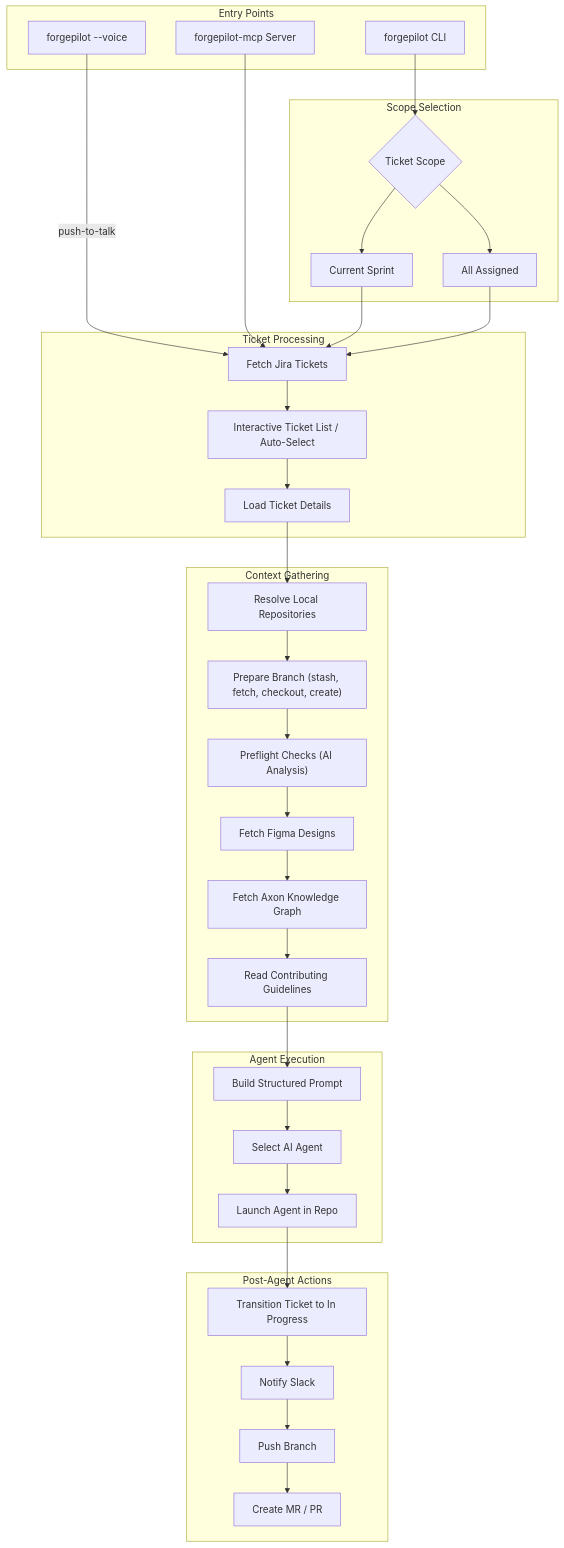
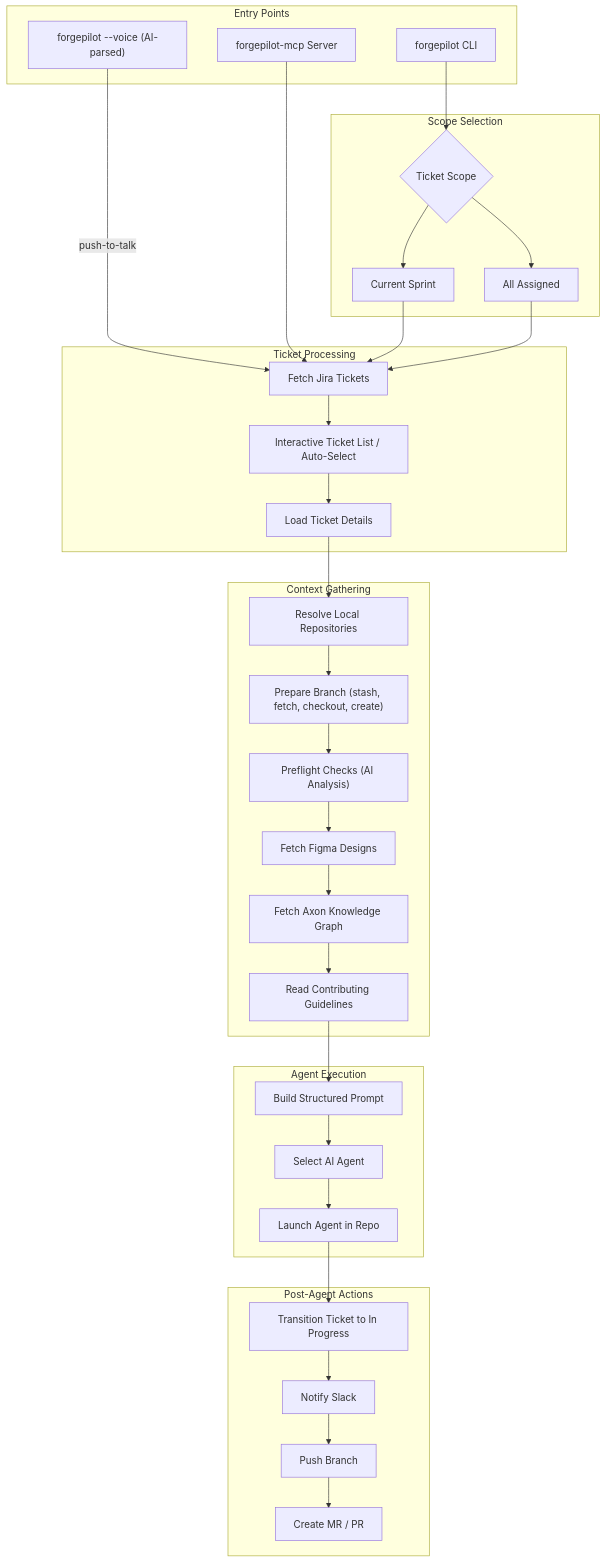
One commit to shivam-S-bisht/forgepilot changed the diagram in README.md. Above: the diagram before and after it, drawn with Mermaid. The commit also changed other lines of this file and 1 other file, not shown here.

````diff
--- a/README.md
+++ b/README.md
@@ -9,62 +9,62 @@
 ```mermaid
 flowchart TD
     subgraph entryPoints [Entry Points]
         CLI["forgepilot CLI"]
         MCP["forgepilot-mcp Server"]
-        Voice["forgepilot --voice"]
+        Voice["forgepilot --voice (AI-parsed)"]
     end
 
     subgraph scopeSelection [Scope Selection]
         Scope{"Ticket Scope"}
         CurrentSprint["Current Sprint"]
         AllAssigned["All Assigned"]
     end
 
     subgraph ticketFlow [Ticket Processing]
         FetchTickets["Fetch Jira Tickets"]
         TicketList["Interactive Ticket List / Auto-Select"]
         LoadDetails["Load Ticket Details"]
     end
 
     subgraph contextGathering [Context Gathering]
         ResolveRepos["Resolve Local Repositories"]
         PrepareBranch["Prepare Branch (stash, fetch, checkout, create)"]
         Preflight["Preflight Checks (AI Analysis)"]
         FigmaCtx["Fetch Figma Designs"]
         AxonCtx["Fetch Axon Knowledge Graph"]
         Guidelines["Read Contributing Guidelines"]
     end
 
     subgraph agentExecution [Agent Execution]
         BuildPrompt["Build Structured Prompt"]
         PickAgent["Select AI Agent"]
         LaunchAgent["Launch Agent in Repo"]
     end
 
     subgraph postAgent [Post-Agent Actions]
         TransitionJira["Transition Ticket to In Progress"]
         NotifySlack["Notify Slack"]
         PushBranch["Push Branch"]
         CreatePR["Create MR / PR"]
     end
 
     CLI --> Scope
     Voice -->|"push-to-talk"| FetchTickets
     MCP --> FetchTickets
     Scope --> CurrentSprint --> FetchTickets
     Scope --> AllAssigned --> FetchTickets
     FetchTickets --> TicketList --> LoadDetails
     LoadDetails --> ResolveRepos
     ResolveRepos --> PrepareBranch
     PrepareBranch --> Preflight
     Preflight --> FigmaCtx
     FigmaCtx --> AxonCtx
     AxonCtx --> Guidelines
     Guidelines --> BuildPrompt
     BuildPrompt --> PickAgent
     PickAgent --> LaunchAgent
     LaunchAgent --> TransitionJira
     TransitionJira --> NotifySlack
     NotifySlack --> PushBranch
     PushBranch --> CreatePR
 ```
````
